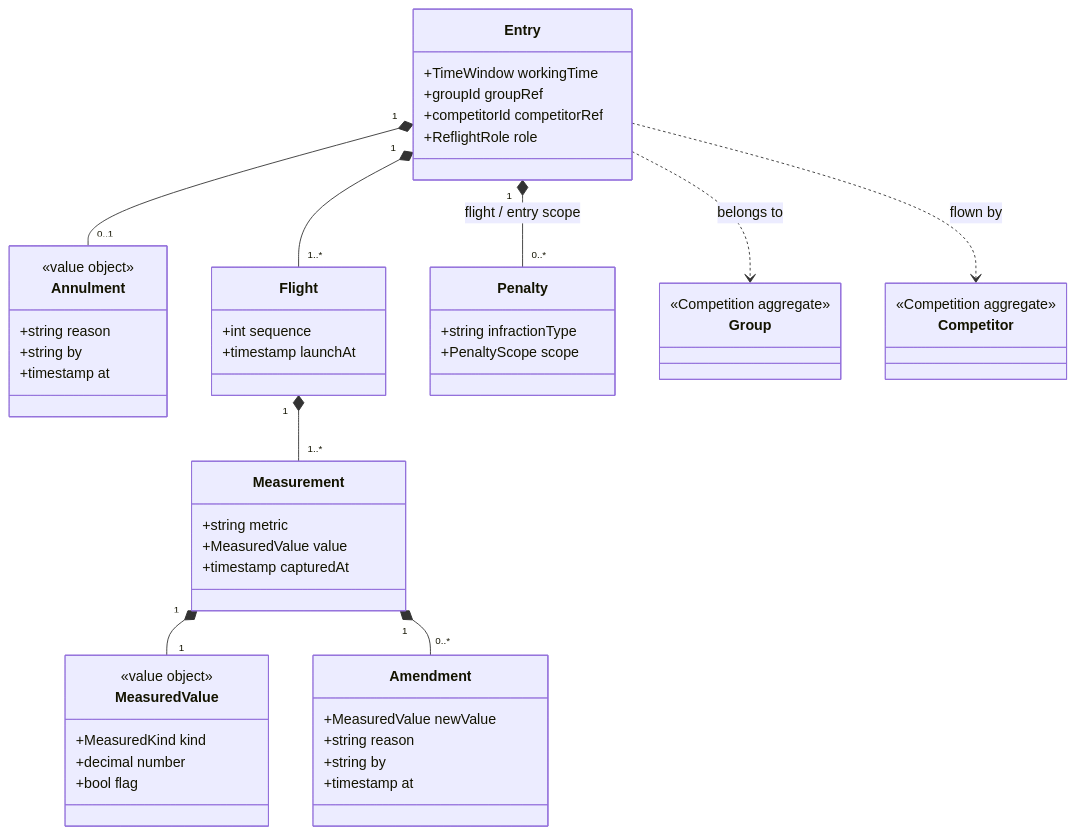
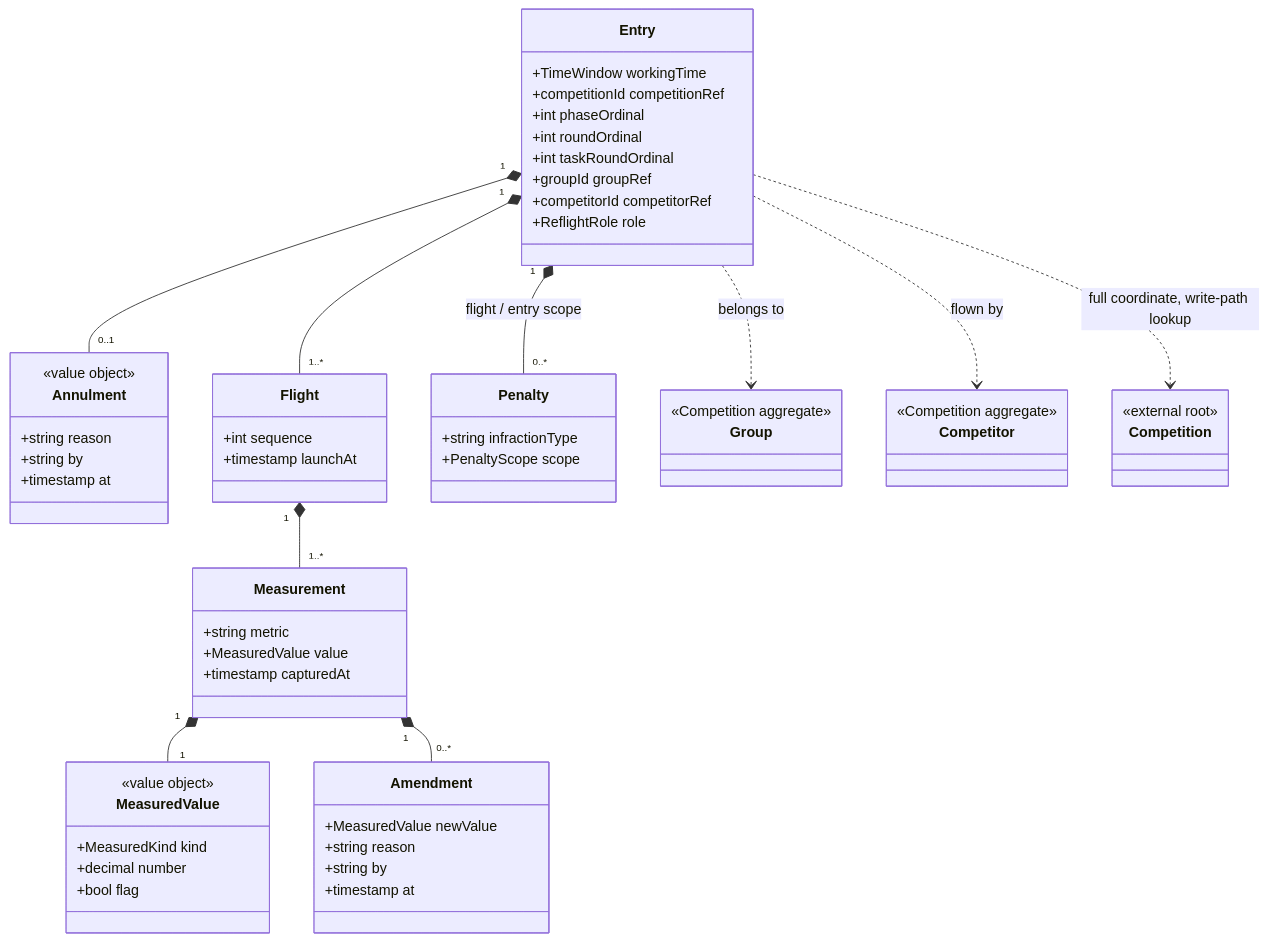
Before and after one commit to petegee/Soarscore2: the fourth of 5 diagrams in docs/aggregate-roots.md, drawn with Mermaid. The commit also changed other lines of this file and 7 other files, not shown here.

First line of the commit message:
WI-1: nullable TimeWindow.End and Entry/EntryOpened coordinate fields

````diff
--- a/docs/aggregate-roots.md
+++ b/docs/aggregate-roots.md
@@ -370,62 +384,70 @@
 ```mermaid
 classDiagram
     direction TB
     class Entry {
         +TimeWindow workingTime
+        +competitionId competitionRef
+        +int phaseOrdinal
+        +int roundOrdinal
+        +int taskRoundOrdinal
         +groupId groupRef
         +competitorId competitorRef
         +ReflightRole role
     }
     class Annulment {
         <<value object>>
         +string reason
         +string by
         +timestamp at
     }
     class Flight {
         +int sequence
         +timestamp launchAt
     }
     class Measurement {
         +string metric
         +MeasuredValue value
         +timestamp capturedAt
     }
     class MeasuredValue {
         <<value object>>
         +MeasuredKind kind
         +decimal number
         +bool flag
     }
     class Amendment {
         +MeasuredValue newValue
         +string reason
         +string by
         +timestamp at
     }
     class Penalty {
         +string infractionType
         +PenaltyScope scope
     }
     class Group {
         <<Competition aggregate>>
     }
     class Competitor {
         <<Competition aggregate>>
     }
+    class Competition {
+        <<external root>>
+    }
 
     Entry "1" *-- "0..1" Annulment
     Entry "1" *-- "1..*" Flight
     Flight "1" *-- "1..*" Measurement
     Measurement "1" *-- "1" MeasuredValue
     Measurement "1" *-- "0..*" Amendment
     Entry "1" *-- "0..*" Penalty : flight / entry scope
 
     Entry ..> Group : belongs to
     Entry ..> Competitor : flown by
+    Entry ..> Competition : full coordinate, write-path lookup
 
     classDef root fill:#FFE873,stroke:#E5B700,stroke-width:2px,color:#1A1A1A
     classDef external fill:#EEEEEE,stroke:#BDBDBD,stroke-width:1px,color:#555
     cssClass "Entry" root
-    cssClass "Group,Competitor" external
+    cssClass "Group,Competitor,Competition" external
 ```
````
